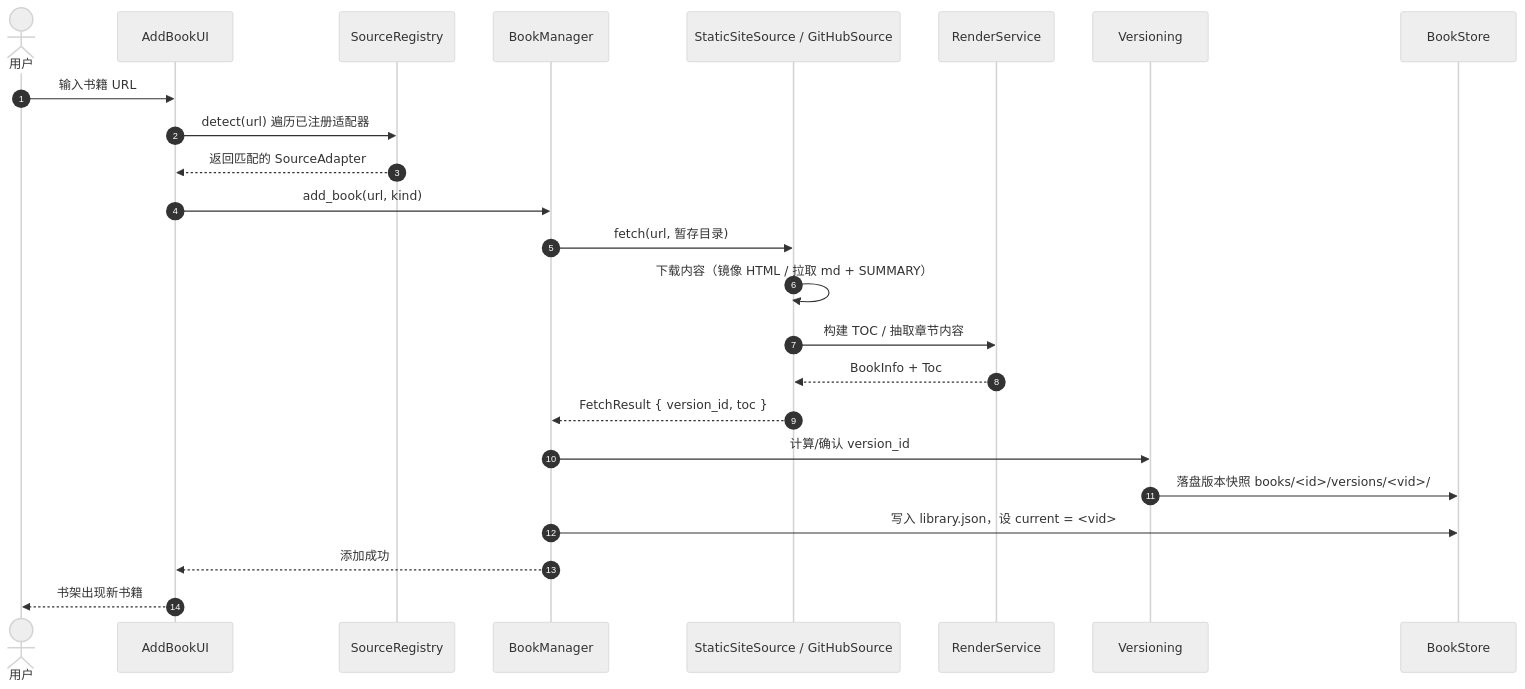
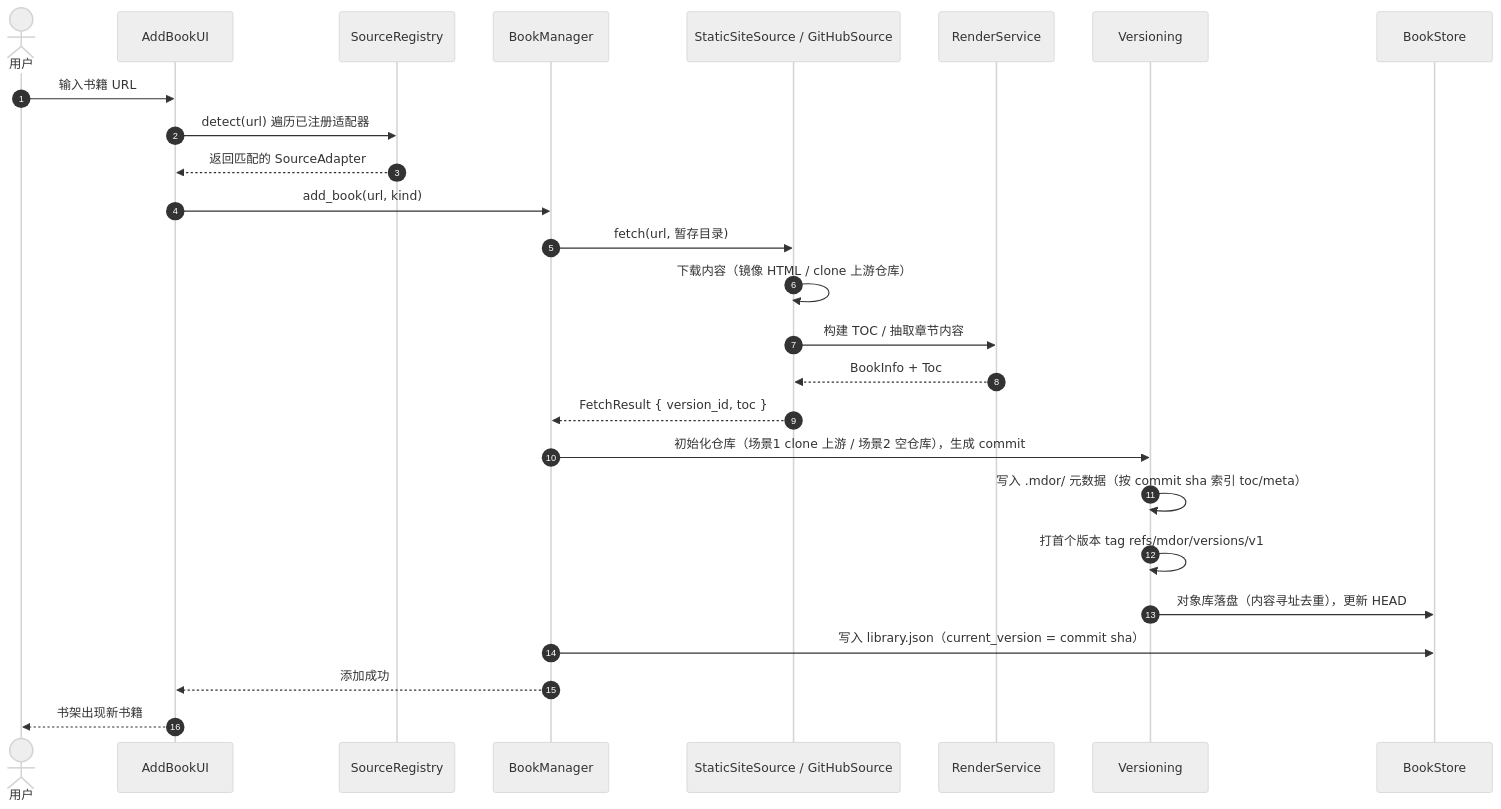
Before and after one commit to MNFConde/mdor: the second of 5 diagrams in doc/project.md, drawn with Mermaid (neutral theme). The commit also changed other lines of this file and 1 other file, not shown here.

````diff
--- a/doc/project.md
+++ b/doc/project.md
@@ -157,27 +160,29 @@
 ```mermaid
 sequenceDiagram
     autonumber
     actor U as 用户
     participant ADD as AddBookUI
     participant REG as SourceRegistry
     participant BM as BookManager
     participant AD as StaticSiteSource / GitHubSource
     participant RS as RenderService
     participant VER as Versioning
     participant BS as BookStore
 
     U->>ADD: 输入书籍 URL
     ADD->>REG: detect(url) 遍历已注册适配器
     REG-->>ADD: 返回匹配的 SourceAdapter
     ADD->>BM: add_book(url, kind)
     BM->>AD: fetch(url, 暂存目录)
-    AD->>AD: 下载内容（镜像 HTML / 拉取 md + SUMMARY）
+    AD->>AD: 下载内容（镜像 HTML / clone 上游仓库）
     AD->>RS: 构建 TOC / 抽取章节内容
     RS-->>AD: BookInfo + Toc
     AD-->>BM: FetchResult { version_id, toc }
-    BM->>VER: 计算/确认 version_id
-    VER->>BS: 落盘版本快照 books/<id>/versions/<vid>/
-    BM->>BS: 写入 library.json，设 current = <vid>
+    BM->>VER: 初始化仓库（场景1 clone 上游 / 场景2 空仓库），生成 commit
+    VER->>VER: 写入 .mdor/ 元数据（按 commit sha 索引 toc/meta）
+    VER->>VER: 打首个版本 tag refs/mdor/versions/v1
+    VER->>BS: 对象库落盘（内容寻址去重），更新 HEAD
+    BM->>BS: 写入 library.json（current_version = commit sha）
     BM-->>ADD: 添加成功
     ADD-->>U: 书架出现新书籍
 ```
````
